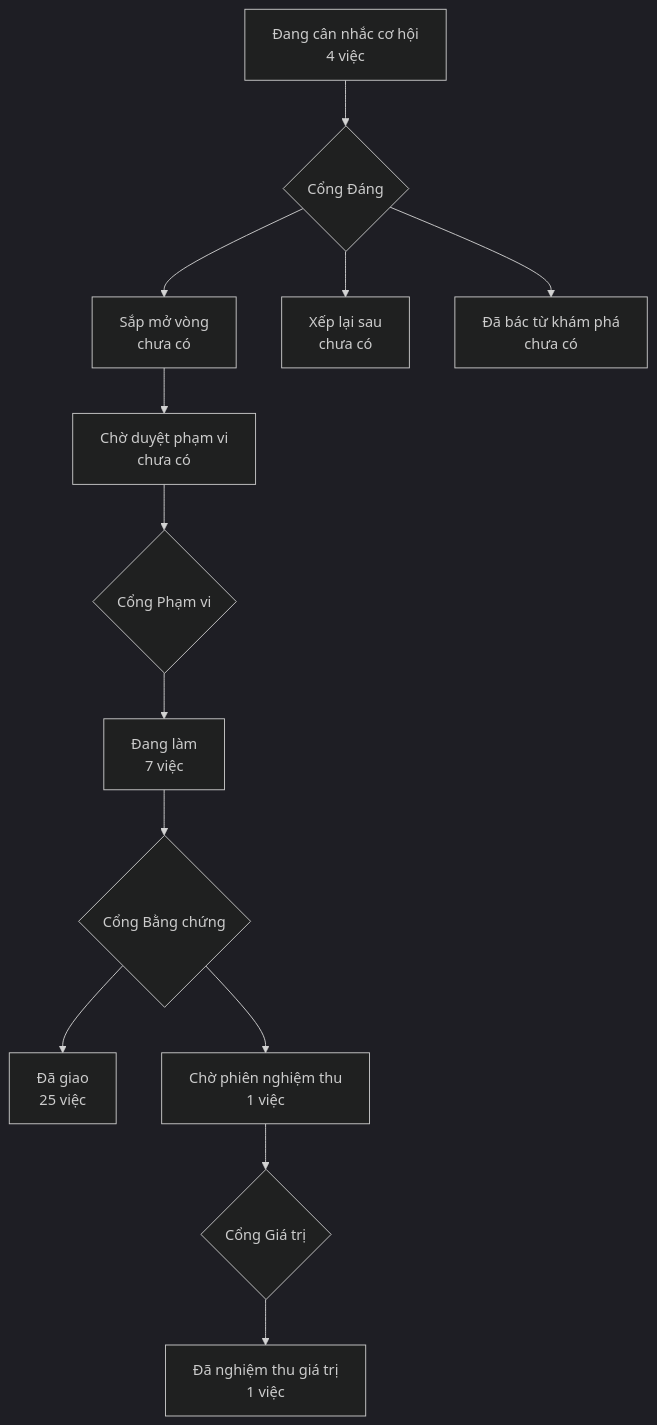
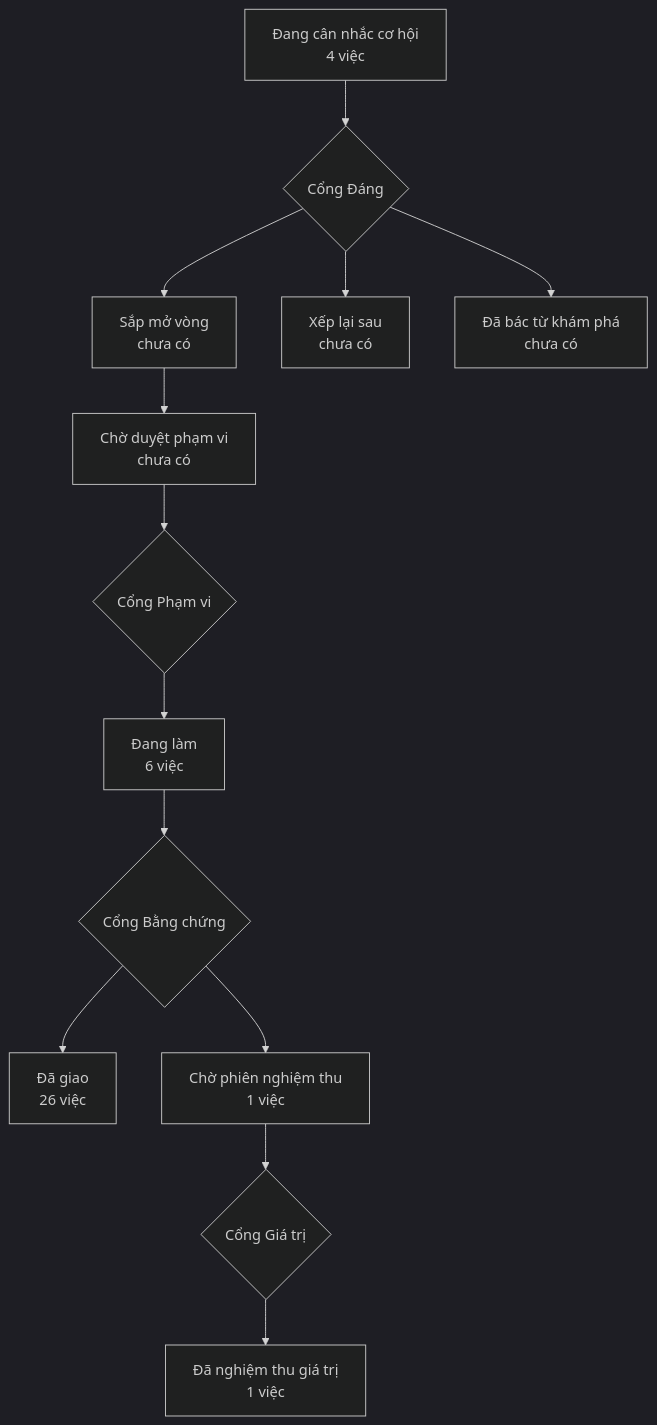
One commit to phanlemanh/crm-onehub changed the diagram in PRODUCT-MAP.md. Above: the diagram before and after it, drawn with Mermaid (dark theme). The commit also changed 4 other files, not shown here.

````diff
--- a/PRODUCT-MAP.md
+++ b/PRODUCT-MAP.md
@@ -6,12 +6,12 @@
 ```mermaid
 flowchart TD
   A["Đang cân nhắc cơ hội<br/>4 việc"] --> GD{"Cổng Đáng"}
   GD --> B["Sắp mở vòng<br/>chưa có"]
   GD --> XL["Xếp lại sau<br/>chưa có"]
   GD --> DB["Đã bác từ khám phá<br/>chưa có"]
   B --> CD["Chờ duyệt phạm vi<br/>chưa có"] --> GP{"Cổng Phạm vi"}
-  GP --> DL["Đang làm<br/>7 việc"] --> GB{"Cổng Bằng chứng"}
-  GB --> DG["Đã giao<br/>25 việc"]
+  GP --> DL["Đang làm<br/>6 việc"] --> GB{"Cổng Bằng chứng"}
+  GB --> DG["Đã giao<br/>26 việc"]
   GB --> CN["Chờ phiên nghiệm thu<br/>1 việc"] --> GG{"Cổng Giá trị"}
   GG --> NT["Đã nghiệm thu giá trị<br/>1 việc"]
 ```
````
